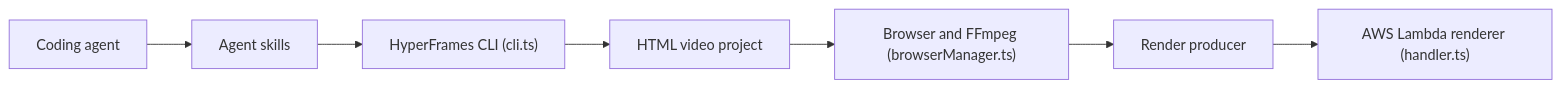
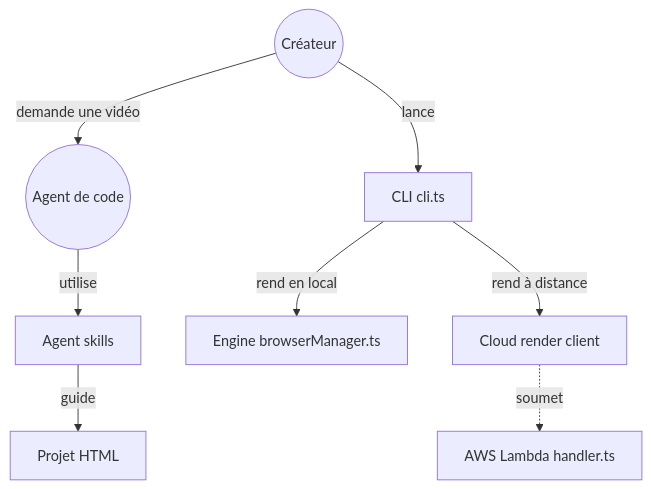
Before and after one commit to floSa/Veille-Repo: the diagram in veille/.data/fiches/heygen-com__hyperframes.md, drawn with Mermaid. The commit also changed other lines of this file and 1330 other files, not shown here.

First line of the commit message:
Mise à jour du catalogue : 7723 fiches, 7291 diagrammes

````diff
--- a/veille/.data/fiches/heygen-com__hyperframes.md
+++ b/veille/.data/fiches/heygen-com__hyperframes.md
@@ -27,9 +27,10 @@
 ```mermaid
-flowchart LR
-  A["Coding agent"] --> B["Agent skills"]
-  B --> C["HyperFrames CLI (cli.ts)"]
-  C --> D["HTML video project"]
-  D --> E["Browser and FFmpeg (browserManager.ts)"]
-  E --> F["Render producer"]
-  F --> G["AWS Lambda renderer (handler.ts)"]
+flowchart TD
+  creator(("Créateur")) -->|"demande une vidéo"| agent(("Agent de code"))
+  agent -->|"utilise"| skills["Agent skills"]
+  skills -->|"guide"| proj["Projet HTML"]
+  creator -->|"lance"| cli["CLI cli.ts"]
+  cli -->|"rend en local"| eng["Engine browserManager.ts"]
+  cli -->|"rend à distance"| cloud["Cloud render client"]
+  cloud -.->|"soumet"| lam["AWS Lambda handler.ts"]
 ```
````
